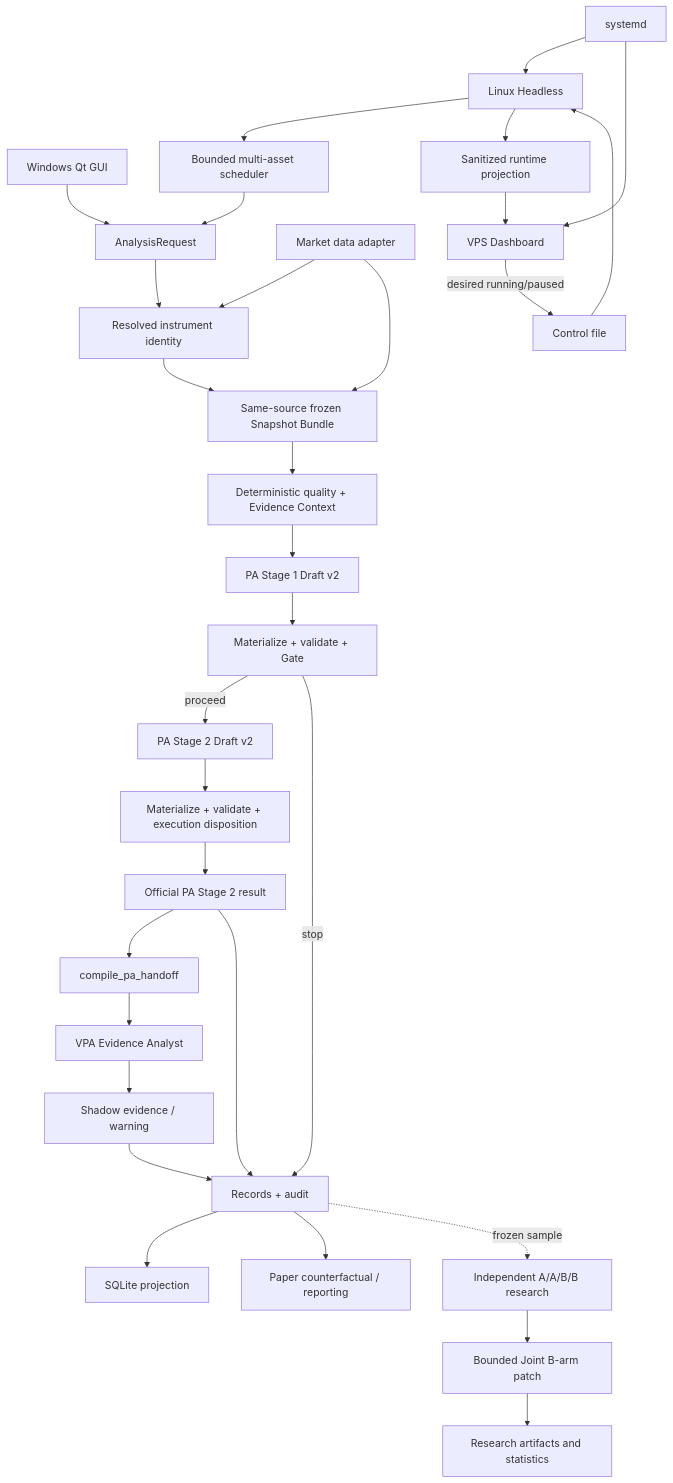
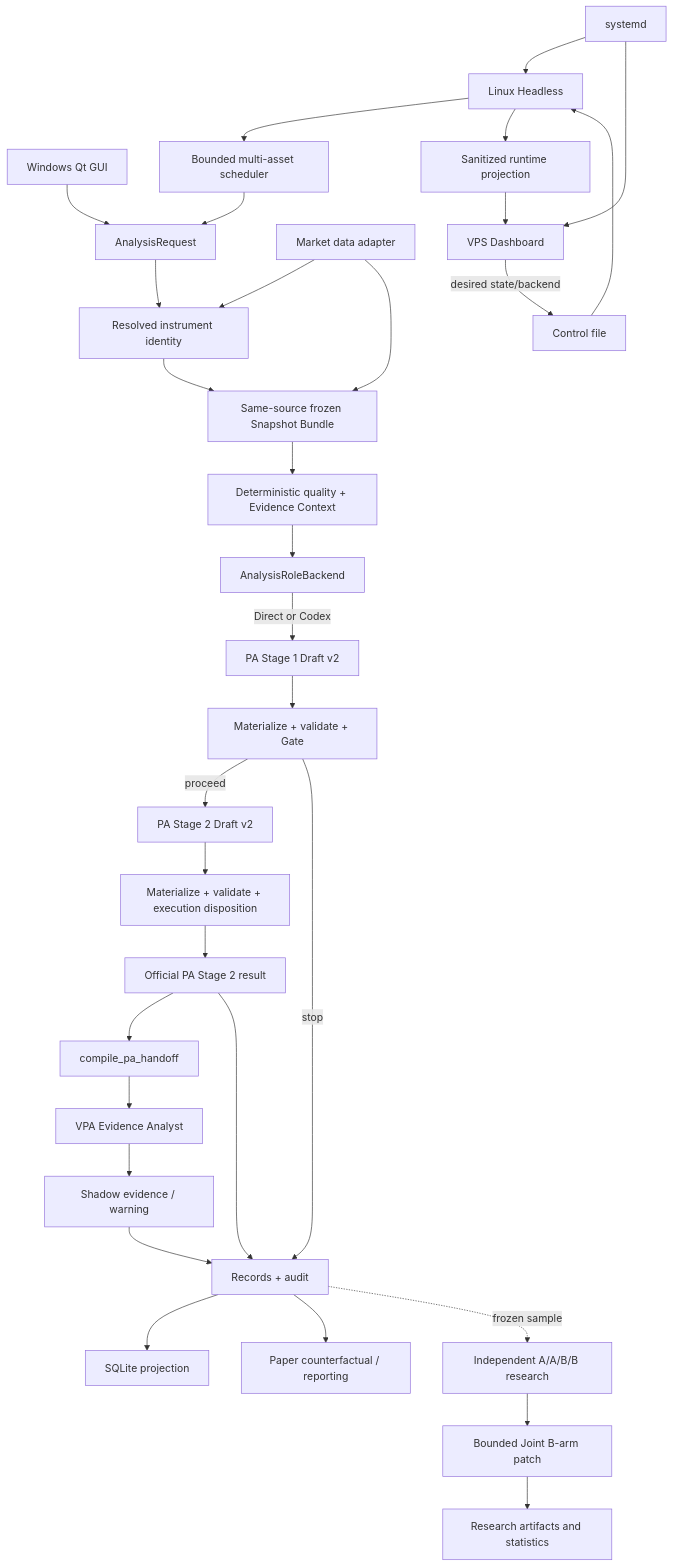
Before and after one commit to vincentlii/paagent_codex: the diagram in docs/knowledge/architecture-map.md, drawn with Mermaid. The commit also changed other lines of this file and 9 other files, not shown here.

Commit message:
phase 0: freeze codex analysis backend architecture

````diff
--- a/docs/knowledge/architecture-map.md
+++ b/docs/knowledge/architecture-map.md
@@ -19,33 +20,34 @@
 ```mermaid
 flowchart TD
     GUI[Windows Qt GUI] --> REQ[AnalysisRequest]
     HEAD[Linux Headless] --> SCHED[Bounded multi-asset scheduler]
     SCHED --> REQ
     DATA[Market data adapter] --> IDENT[Resolved instrument identity]
     REQ --> IDENT
     IDENT --> SNAP[Same-source frozen Snapshot Bundle]
     DATA --> SNAP
     SNAP --> FACTS[Deterministic quality + Evidence Context]
-    FACTS --> S1[PA Stage 1 Draft v2]
+    FACTS --> BACKEND[AnalysisRoleBackend]
+    BACKEND -->|Direct or Codex| S1[PA Stage 1 Draft v2]
     S1 --> M1[Materialize + validate + Gate]
     M1 -->|proceed| S2[PA Stage 2 Draft v2]
     M1 -->|stop| RECORD[Records + audit]
     S2 --> M2[Materialize + validate + execution disposition]
     M2 --> PA[Official PA Stage 2 result]
     PA --> HANDOFF[compile_pa_handoff]
     HANDOFF --> VPA[VPA Evidence Analyst]
     VPA --> SHADOW[Shadow evidence / warning]
     PA --> RECORD
     SHADOW --> RECORD
     RECORD --> SQLITE[SQLite projection]
     RECORD --> PAPER[Paper counterfactual / reporting]
     RECORD -. frozen sample .-> AABB[Independent A/A/B/B research]
     AABB --> JOINT[Bounded Joint B-arm patch]
     JOINT --> RSTORE[Research artifacts and statistics]
     HEAD --> PROJ[Sanitized runtime projection]
-    DASH[VPS Dashboard] -->|desired running/paused| CTRL[Control file]
+    DASH[VPS Dashboard] -->|desired state/backend| CTRL[Control file]
     CTRL --> HEAD
     PROJ --> DASH
     SYSTEMD[systemd] --> HEAD
     SYSTEMD --> DASH
 ```
````
